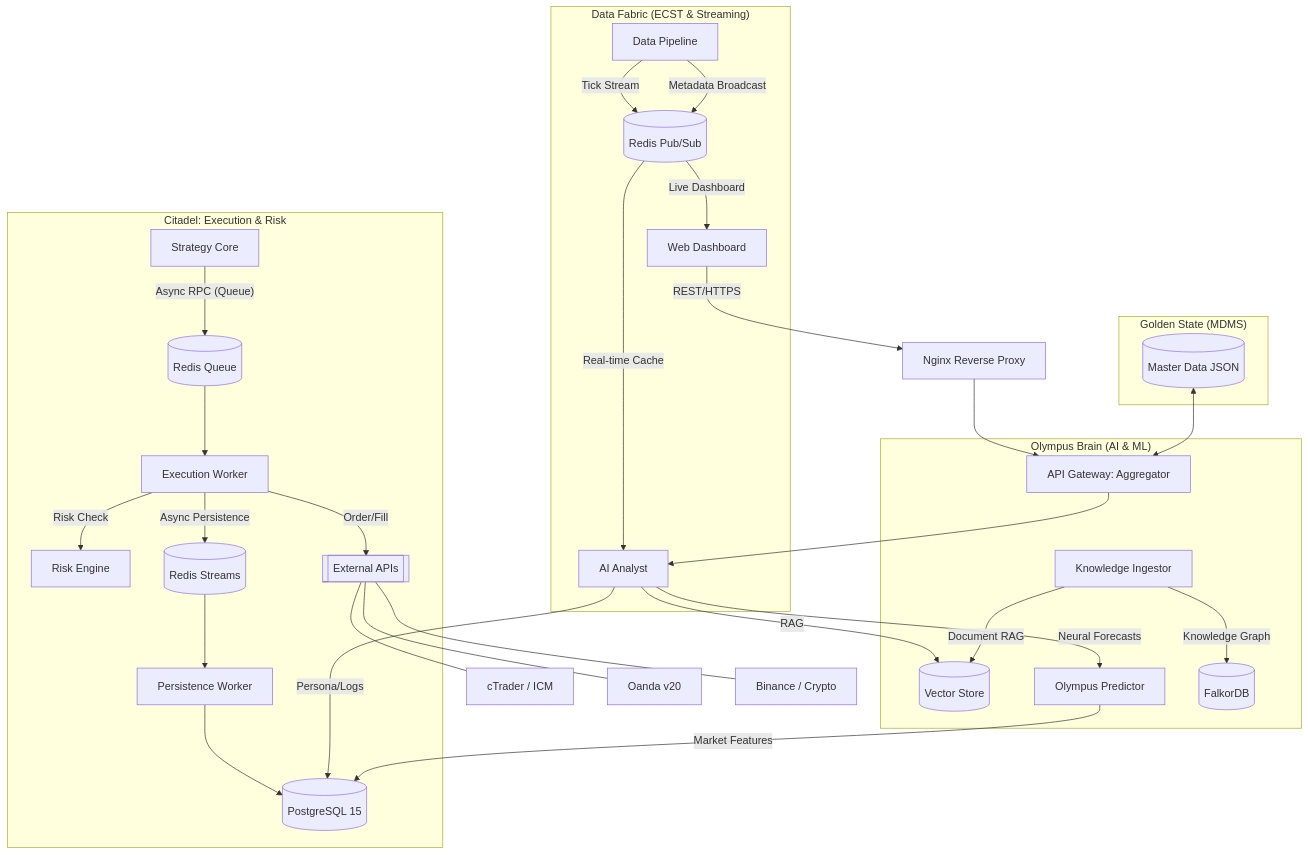
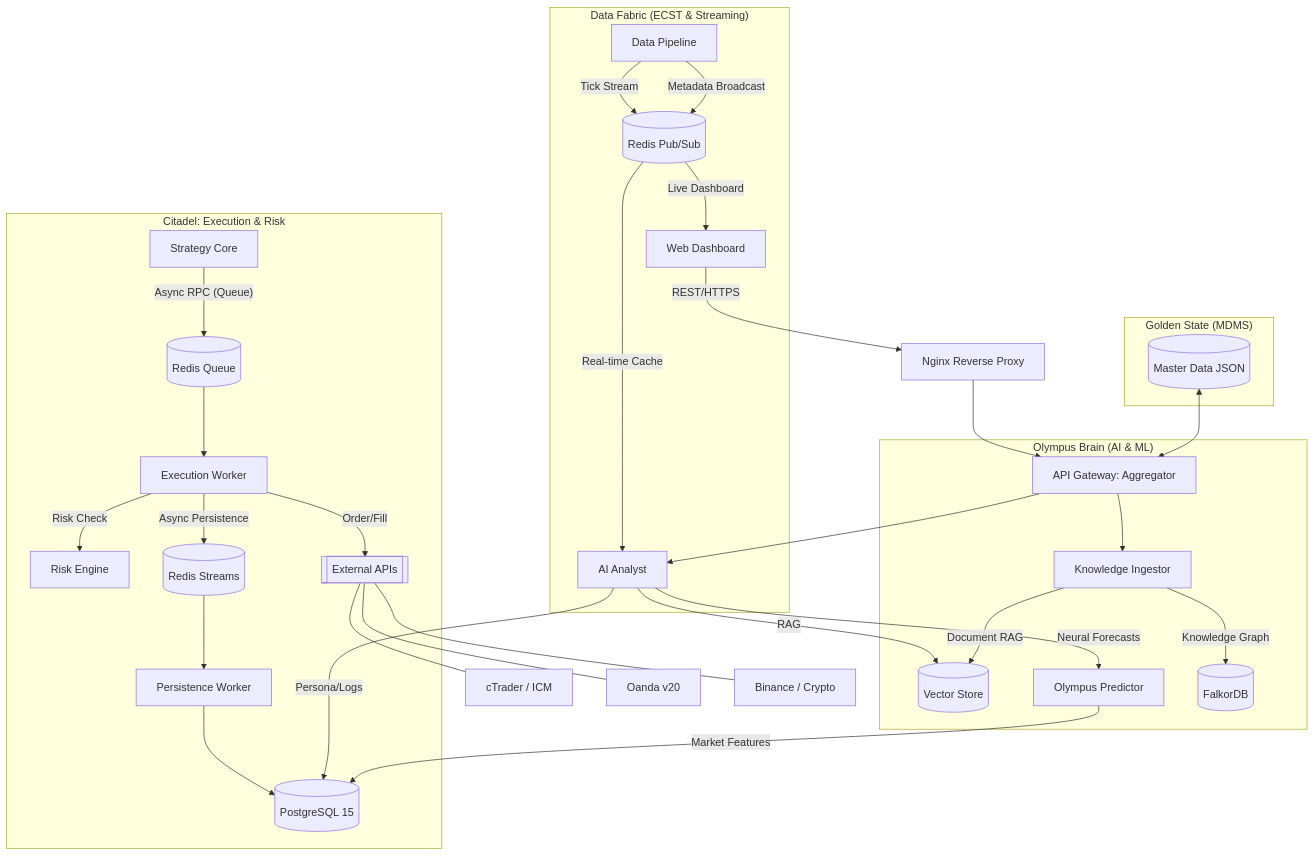
The first of 2 diagrams in specs/01_architecture.md (damrongsak/mtf-trading-system), drawn with Mermaid before and after one commit. The commit also changed 4 other files, not shown here.

Commit message:
docs(specs): update architecture, ai-agent, and status for knowledge-ingestor

````diff
--- a/specs/01_architecture.md
+++ b/specs/01_architecture.md
@@ -9,40 +9,41 @@
 ```mermaid
 graph TD
     User[Web Dashboard] -->|REST/HTTPS| Nginx[Nginx Reverse Proxy]
     Nginx --> Gateway[API Gateway: Aggregator]
 
     subgraph "Data Fabric (ECST & Streaming)"
         Data[Data Pipeline] -->|Tick Stream| PubSub[(Redis Pub/Sub)]
         Data -->|Metadata Broadcast| PubSub
         PubSub -->|Real-time Cache| AI[AI Analyst]
         PubSub -->|Live Dashboard| User
     end
 
     subgraph "Citadel: Execution & Risk"
         Strategy[Strategy Core] -- "Async RPC (Queue)" --> Queue[(Redis Queue)]
         Queue --> Worker[Execution Worker]
         Worker -->|Risk Check| Risk[Risk Engine]
         Worker -->|Order/Fill| Brokers[[External APIs]]
         Worker -->|Async Persistence| Stream[(Redis Streams)]
         Stream --> Persist[Persistence Worker]
         Persist --> DB[(PostgreSQL 15)]
     end
 
     subgraph "Olympus Brain (AI & ML)"
         Gateway --> AI
+        Gateway --> KI[Knowledge Ingestor]
         AI -->|RAG| Qdrant[(Vector Store)]
         AI -->|Neural Forecasts| ML[Olympus Predictor]
         AI -->|Persona/Logs| DB
         ML -->|Market Features| DB
         KI[Knowledge Ingestor] -->|Document RAG| Qdrant
         KI -->|Knowledge Graph| Falkor[(FalkorDB)]
     end
 
     subgraph "Golden State (MDMS)"
         JSON[(Master Data JSON)] <--> Gateway
     end
 
     Brokers --- cTraderAPI[cTrader / ICM]
     Brokers --- OandaAPI[Oanda v20]
     Brokers --- BinanceAPI[Binance / Crypto]
 ```
````
